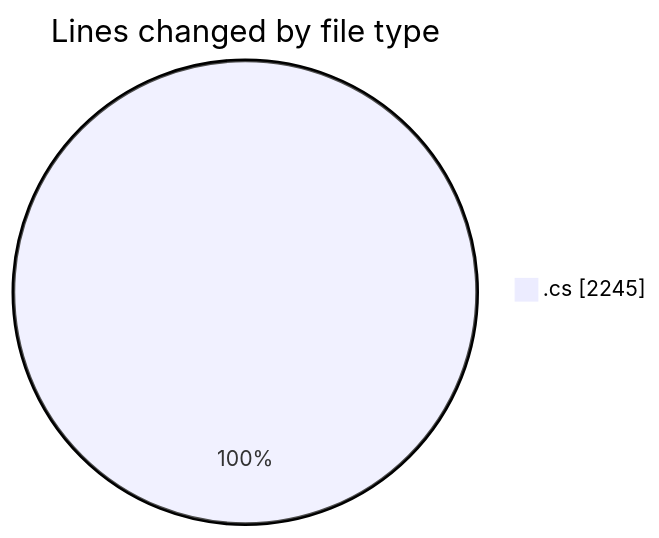
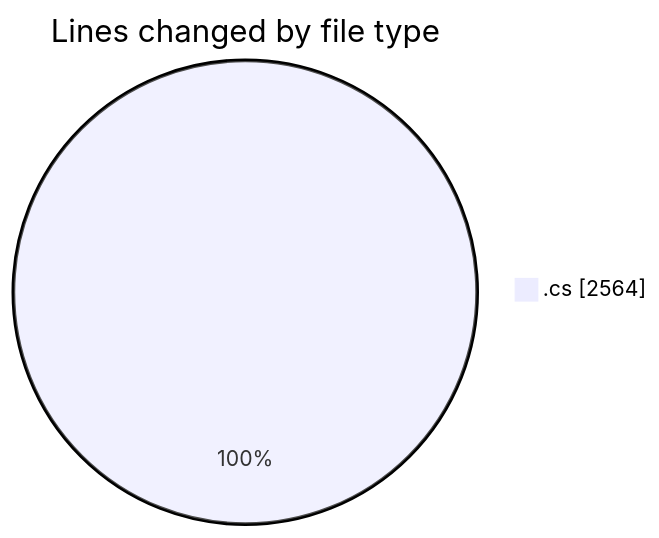
One commit to Netris89/code-tracking changed the first of 2 diagrams in 2025-04-01/back-end/README.md. Above: the diagram before and after it, drawn with Mermaid. The commit also changed other lines of this file and 1 other file, not shown here.

````diff
--- a/2025-04-01/back-end/README.md
+++ b/2025-04-01/back-end/README.md
@@ -30,5 +30,5 @@
 ```mermaid
 pie showData
 title Lines changed by file type
-".cs" : 2245
+".cs" : 2564
 ```
````
